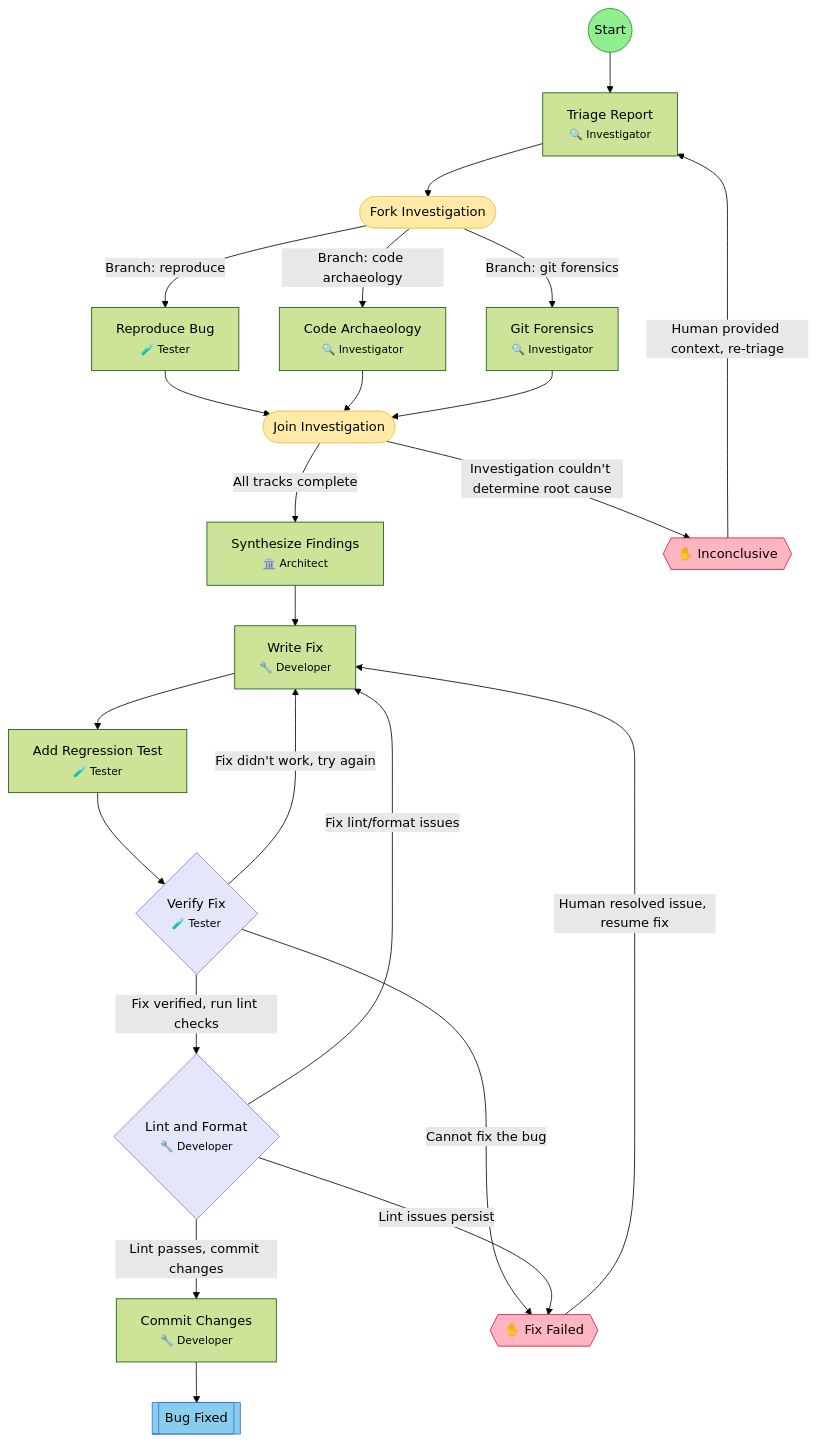
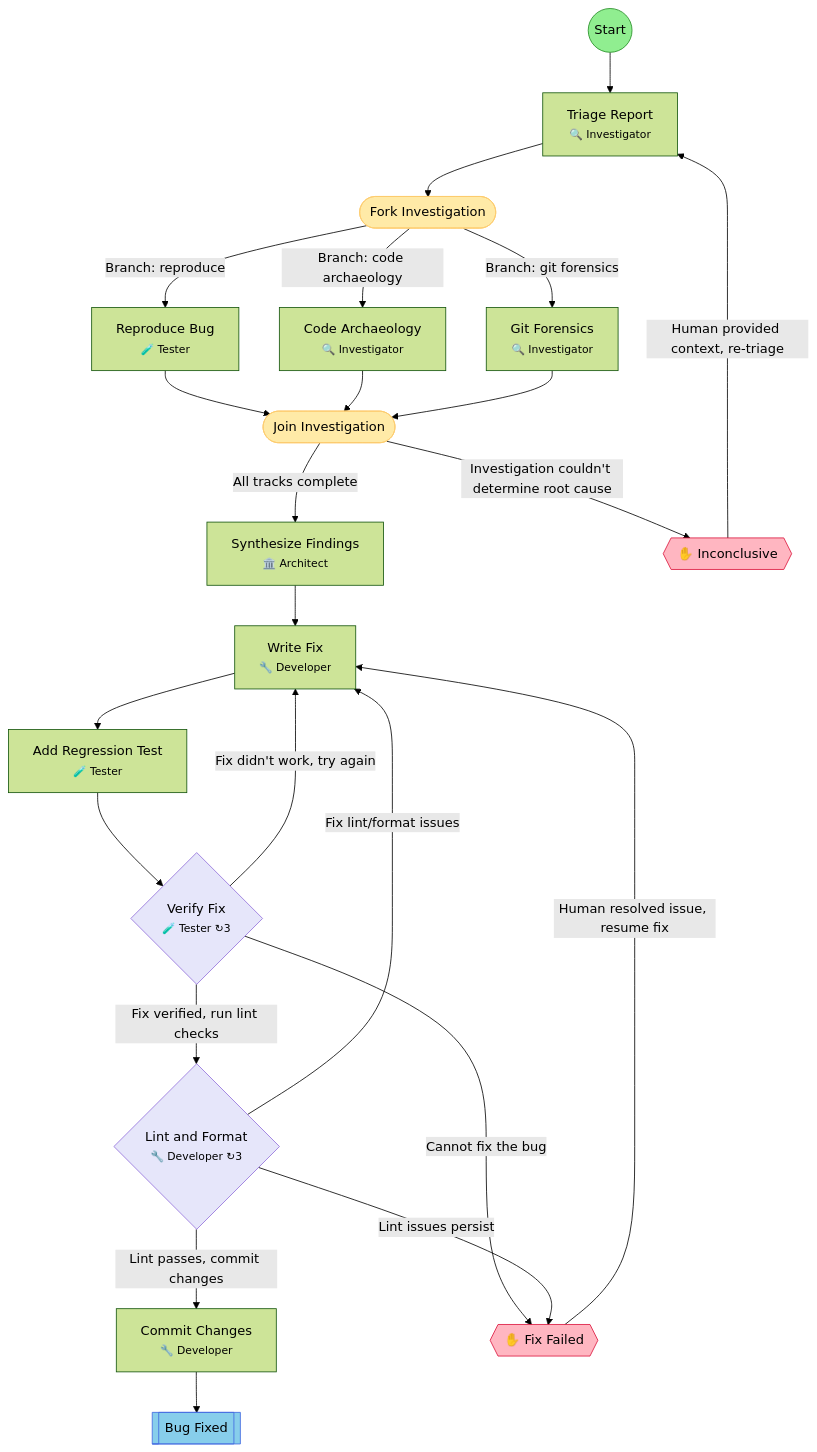
Before and after one commit to leclabs/agent-toolkit: the diagram in .flow/diagrams/bug-hunt.md, drawn with Mermaid (forest theme). The commit also changed other lines of this file and 114 other files, not shown here.

````diff
--- a/.flow/diagrams/bug-hunt.md
+++ b/.flow/diagrams/bug-hunt.md
@@ -7,54 +7,54 @@
 ```mermaid
 flowchart TD
     start(("Start"))
     triage["Triage Report<br/><small>🔍 Investigator</small>"]
     fork_investigate(["Fork Investigation"])
     reproduce["Reproduce Bug<br/><small>🧪 Tester</small>"]
     code_archaeology["Code Archaeology<br/><small>🔍 Investigator</small>"]
     git_forensics["Git Forensics<br/><small>🔍 Investigator</small>"]
     join_investigate(["Join Investigation"])
     synthesize["Synthesize Findings<br/><small>🏛️ Architect</small>"]
     write_fix["Write Fix<br/><small>🔧 Developer</small>"]
     add_regression_test["Add Regression Test<br/><small>🧪 Tester</small>"]
-    verify_fix{"Verify Fix<br/><small>🧪 Tester</small>"}
-    lint_format{"Lint and Format<br/><small>🔧 Developer</small>"}
+    verify_fix{"Verify Fix<br/><small>🧪 Tester ↻3</small>"}
+    lint_format{"Lint and Format<br/><small>🔧 Developer ↻3</small>"}
     commit["Commit Changes<br/><small>🔧 Developer</small>"]
     end_success[["Bug Fixed"]]
     hitl_inconclusive{{"✋ Inconclusive"}}
     hitl_fix_failed{{"✋ Fix Failed"}}
 
     start --> triage
     triage --> fork_investigate
     fork_investigate -->|Branch: reproduce| reproduce
     fork_investigate -->|Branch: code archaeology| code_archaeology
     fork_investigate -->|Branch: git forensics| git_forensics
     reproduce --> join_investigate
     code_archaeology --> join_investigate
     git_forensics --> join_investigate
     join_investigate -->|All tracks complete| synthesize
     join_investigate -->|Investigation couldn't determine root cause| hitl_inconclusive
     synthesize --> write_fix
     write_fix --> add_regression_test
     add_regression_test --> verify_fix
     verify_fix -->|Fix verified, run lint checks| lint_format
     verify_fix -->|Fix didn't work, try again| write_fix
     verify_fix -->|Cannot fix the bug| hitl_fix_failed
     lint_format -->|Lint passes, commit changes| commit
     lint_format -->|Fix lint/format issues| write_fix
     lint_format -->|Lint issues persist| hitl_fix_failed
     commit --> end_success
     hitl_inconclusive -->|Human provided context, re-triage| triage
     hitl_fix_failed -->|Human resolved issue, resume fix| write_fix
 
     classDef startStep fill:#90EE90,stroke:#228B22
     classDef successStep fill:#87CEEB,stroke:#4169E1
     classDef hitlStep fill:#FFB6C1,stroke:#DC143C
     classDef gateStep fill:#E6E6FA,stroke:#9370DB
     classDef forkJoinStep fill:#FFEAA7,stroke:#FDCB6E
     classDef currentStep fill:#FFD700,stroke:#FF8C00,stroke-width:3px
     class start startStep
     class end_success successStep
     class hitl_inconclusive,hitl_fix_failed hitlStep
     class verify_fix,lint_format gateStep
     class fork_investigate,join_investigate forkJoinStep
 ```
````
